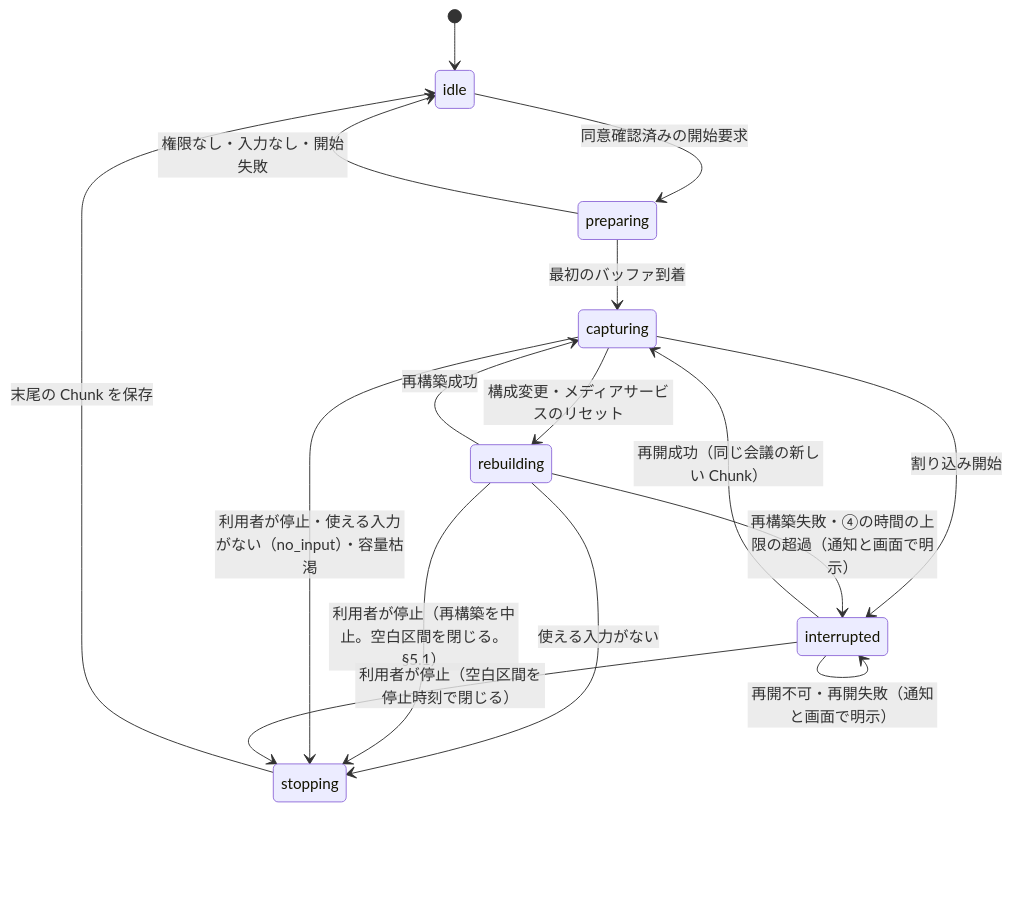
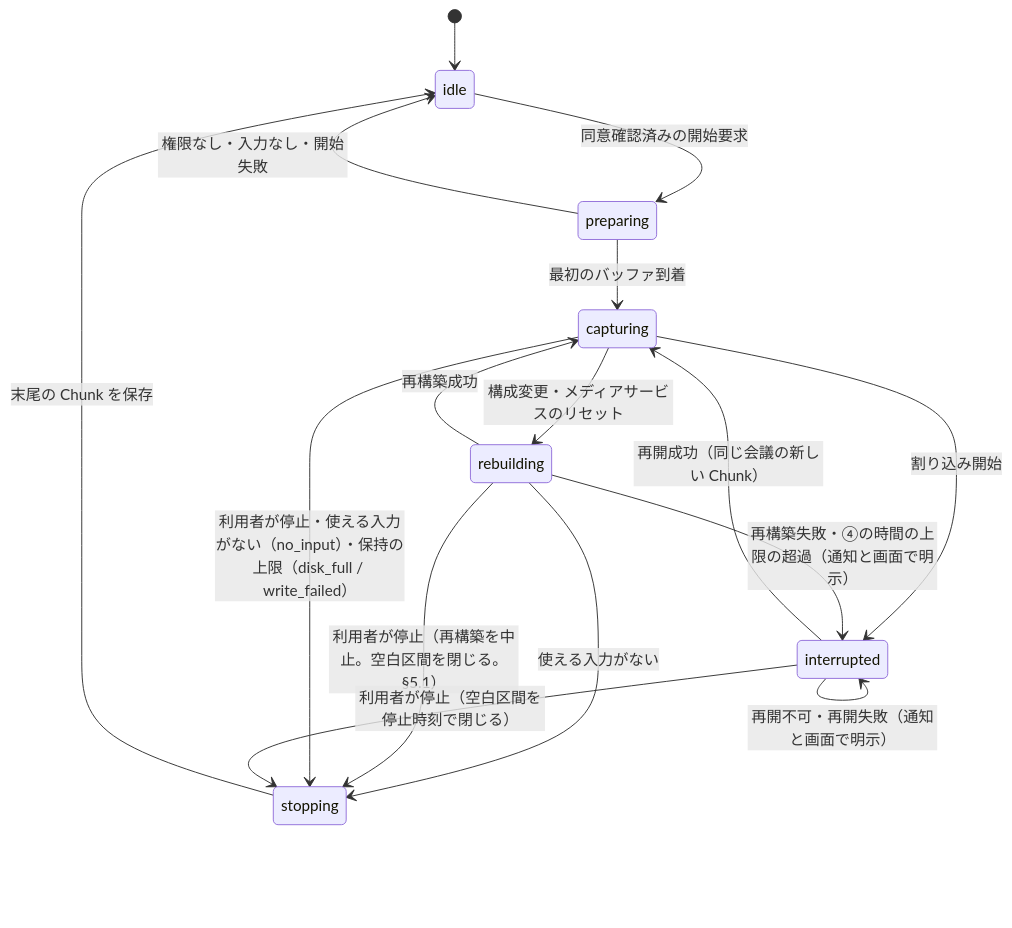
Before and after one commit to myoshi2891/Minutes-Mobile: the second of 2 diagrams in docs/02-basic-design/recording.md, drawn with Mermaid. The commit also changed other lines of this file and 5 other files, not shown here.

Commit message:
docs(design): 停止理由 write_failed の反映・Barrier 入力の一元取得および保護クラス遷移順序を明確化

````diff
--- a/docs/02-basic-design/recording.md
+++ b/docs/02-basic-design/recording.md
@@ -113,18 +113,18 @@
 ```mermaid
 stateDiagram-v2
     [*] --> idle
     idle --> preparing: 同意確認済みの開始要求
     preparing --> capturing: 最初のバッファ到着
     preparing --> idle: 権限なし・入力なし・開始失敗
     capturing --> interrupted: 割り込み開始
     interrupted --> capturing: 再開成功（同じ会議の新しい Chunk）
     interrupted --> interrupted: 再開不可・再開失敗（通知と画面で明示）
     capturing --> rebuilding: 構成変更・メディアサービスのリセット
     rebuilding --> capturing: 再構築成功
     rebuilding --> interrupted: 再構築失敗・④の時間の上限の超過（通知と画面で明示）
     rebuilding --> stopping: 使える入力がない
     rebuilding --> stopping: 利用者が停止（再構築を中止。空白区間を閉じる。§5.1）
-    capturing --> stopping: 利用者が停止・使える入力がない（no_input）・容量枯渇
+    capturing --> stopping: 利用者が停止・使える入力がない（no_input）・保持の上限（disk_full / write_failed）
     interrupted --> stopping: 利用者が停止（空白区間を停止時刻で閉じる）
     stopping --> idle: 末尾の Chunk を保存
 ```
````
